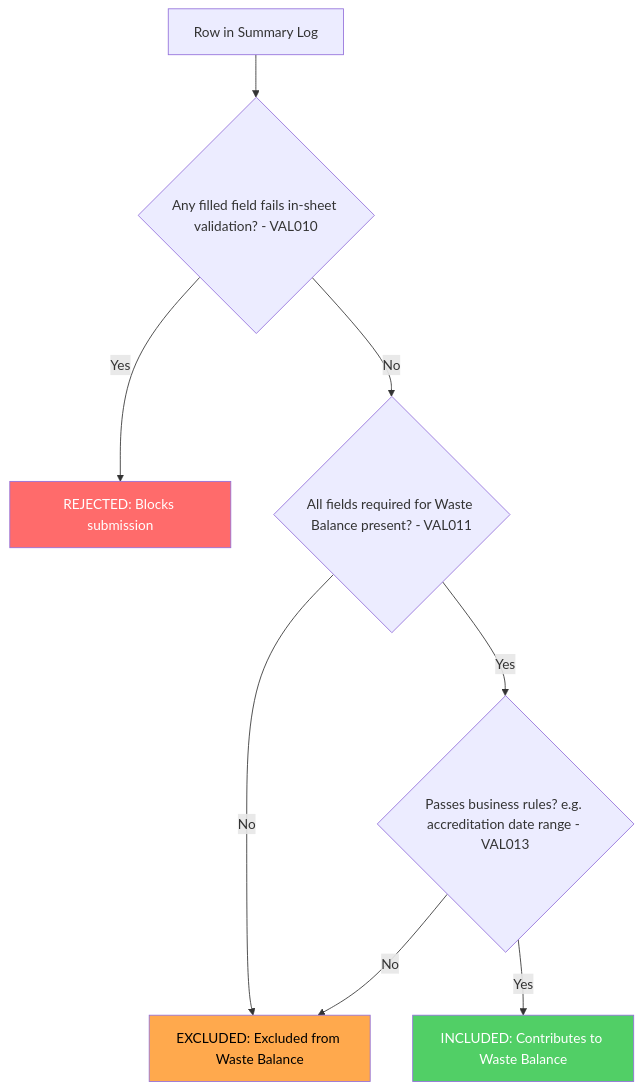
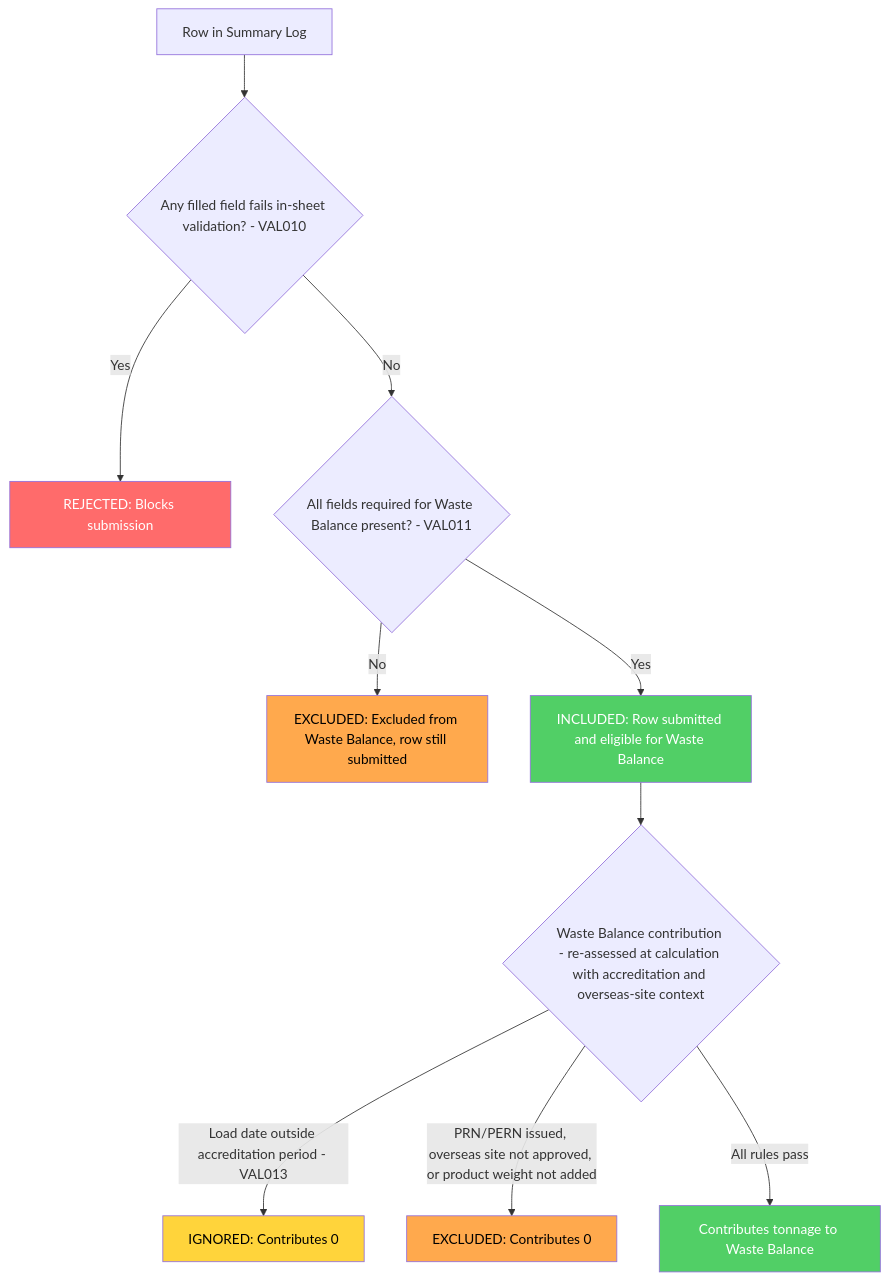
One commit to DEFRA/epr-re-ex-service changed the diagram in docs/architecture/defined/summary-log-row-validation-classification.md. Above: the diagram before and after it, drawn with Mermaid. The commit also changed other lines of this file, not shown here.

Commit message:
PAE-1538: Align row validation classification doc with implementation (#225)

````diff
--- a/docs/architecture/defined/summary-log-row-validation-classification.md
+++ b/docs/architecture/defined/summary-log-row-validation-classification.md
@@ -59,17 +75,23 @@
 ```mermaid
 flowchart TD
     A[Row in Summary Log] --> B{Any filled field fails in-sheet validation? - VAL010}
 
     B -->|Yes| REJECTED["REJECTED: Blocks submission"]
     B -->|No| C{All fields required for Waste Balance present? - VAL011}
 
-    C -->|No| EXCLUDED["EXCLUDED: Excluded from Waste Balance"]
-    C -->|Yes| D{Passes business rules? e.g. accreditation date range - VAL013}
+    C -->|No| EXCLUDED["EXCLUDED: Excluded from Waste Balance, row still submitted"]
+    C -->|Yes| INCLUDED["INCLUDED: Row submitted and eligible for Waste Balance"]
 
-    D -->|No| EXCLUDED
-    D -->|Yes| INCLUDED["INCLUDED: Contributes to Waste Balance"]
+    INCLUDED --> WB{"Waste Balance contribution - re-assessed at calculation with accreditation and overseas-site context"}
+
+    WB -->|Load date outside accreditation period - VAL013| IGNORED["IGNORED: Contributes 0"]
+    WB -->|PRN/PERN issued, overseas site not approved, or product weight not added| EXCL2["EXCLUDED: Contributes 0"]
+    WB -->|All rules pass| CONTRIB["Contributes tonnage to Waste Balance"]
 
     style REJECTED fill:#ff6b6b,color:#fff
     style EXCLUDED fill:#ffa94d,color:#000
+    style EXCL2 fill:#ffa94d,color:#000
+    style IGNORED fill:#ffd43b,color:#000
     style INCLUDED fill:#51cf66,color:#fff
+    style CONTRIB fill:#51cf66,color:#fff
 ```
````
